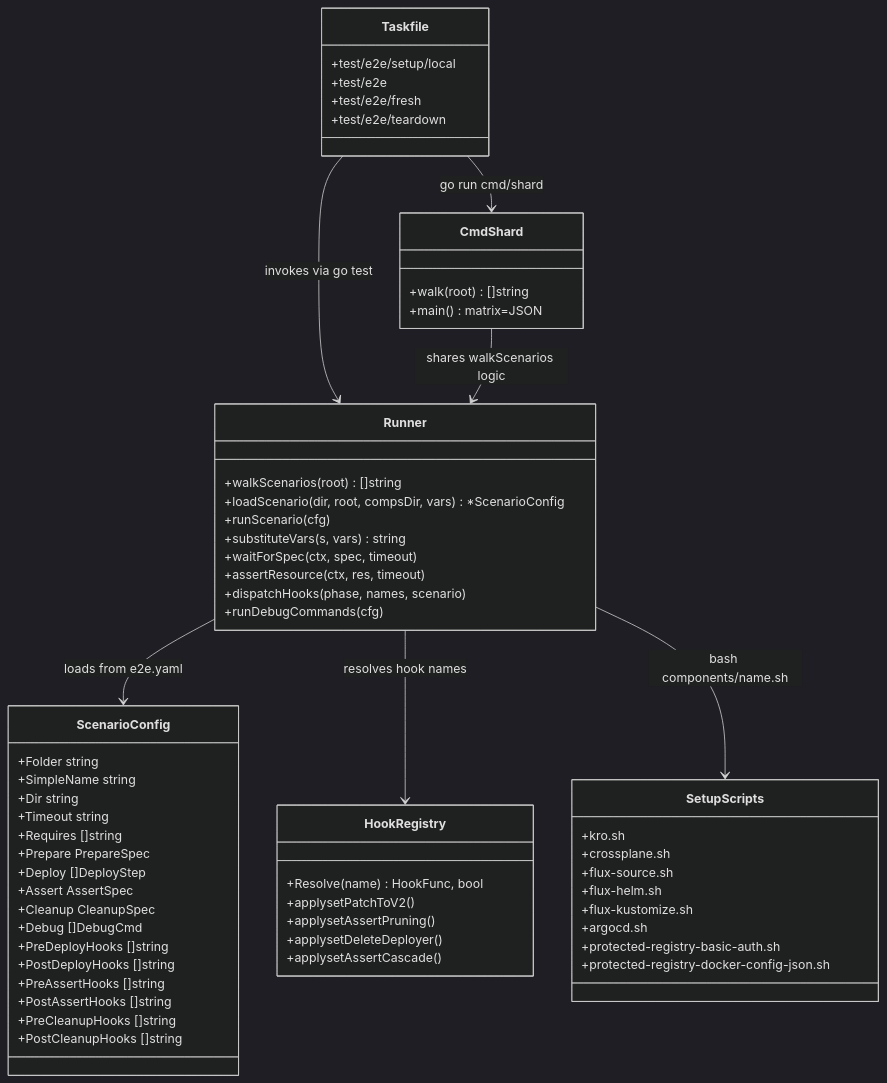
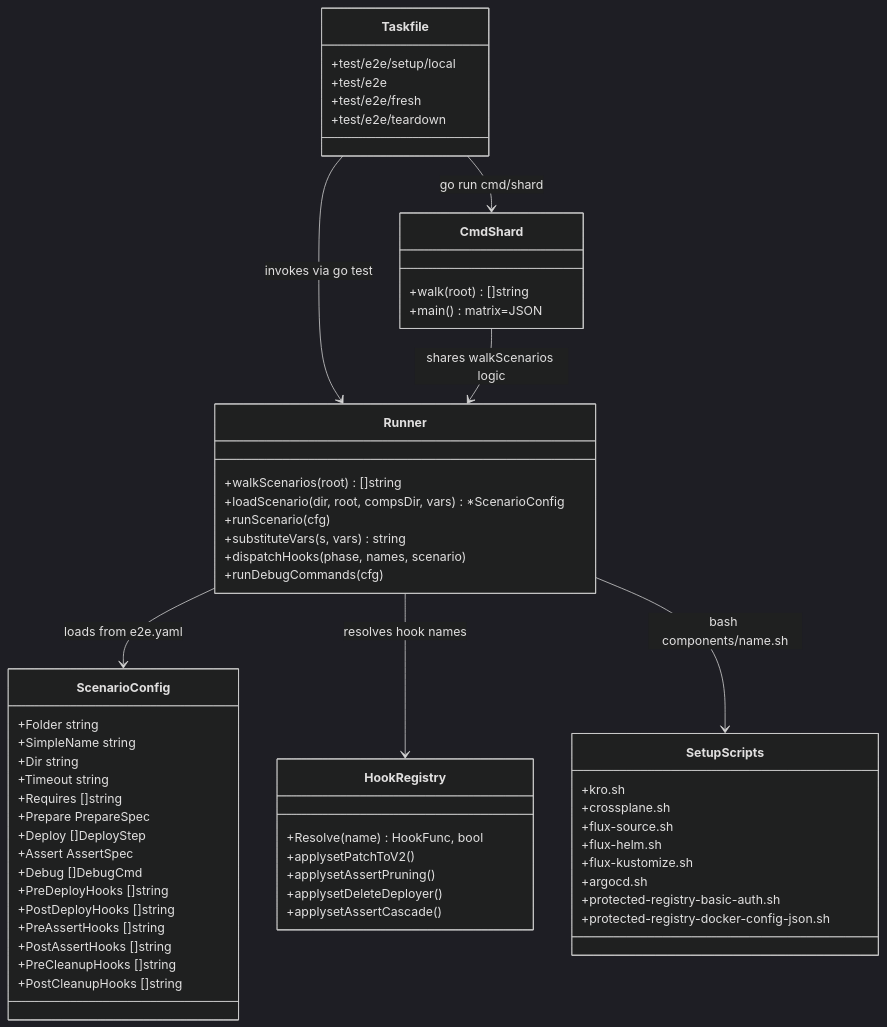
One commit to sk31337/open-component-model changed the first of 2 diagrams in kubernetes/controller/test/e2e/AUTHORING.md. Above: the diagram before and after it, drawn with Mermaid (dark theme). The commit also changed other lines of this file and 3 other files, not shown here.

````diff
--- a/kubernetes/controller/test/e2e/AUTHORING.md
+++ b/kubernetes/controller/test/e2e/AUTHORING.md
@@ -16,70 +16,67 @@
 ```mermaid
 classDiagram
     class Taskfile {
         +test/e2e/setup/local
         +test/e2e
         +test/e2e/fresh
         +test/e2e/teardown
     }
 
     class Runner {
         +walkScenarios(root) []string
         +loadScenario(dir, root, compsDir, vars) *ScenarioConfig
         +runScenario(cfg)
         +substituteVars(s, vars) string
-        +waitForSpec(ctx, spec, timeout)
-        +assertResource(ctx, res, timeout)
         +dispatchHooks(phase, names, scenario)
         +runDebugCommands(cfg)
     }
 
     class ScenarioConfig {
         +Folder string
         +SimpleName string
         +Dir string
         +Timeout string
         +Requires []string
         +Prepare PrepareSpec
         +Deploy []DeployStep
         +Assert AssertSpec
-        +Cleanup CleanupSpec
         +Debug []DebugCmd
         +PreDeployHooks []string
         +PostDeployHooks []string
         +PreAssertHooks []string
         +PostAssertHooks []string
         +PreCleanupHooks []string
         +PostCleanupHooks []string
     }
 
     class HookRegistry {
         +Resolve(name) HookFunc, bool
         +applysetPatchToV2()
         +applysetAssertPruning()
         +applysetDeleteDeployer()
         +applysetAssertCascade()
     }
 
     class SetupScripts {
         +kro.sh
         +crossplane.sh
         +flux-source.sh
         +flux-helm.sh
         +flux-kustomize.sh
         +argocd.sh
         +protected-registry-basic-auth.sh
         +protected-registry-docker-config-json.sh
     }
 
     class CmdShard {
         +walk(root) []string
         +main() matrix=JSON
     }
 
     Taskfile --> Runner : invokes via go test
     Runner --> ScenarioConfig : loads from e2e.yaml
     Runner --> HookRegistry : resolves hook names
     Runner --> SetupScripts : bash components/name.sh
     CmdShard --> Runner : shares walkScenarios logic
     Taskfile --> CmdShard : go run cmd/shard
 ```
````
